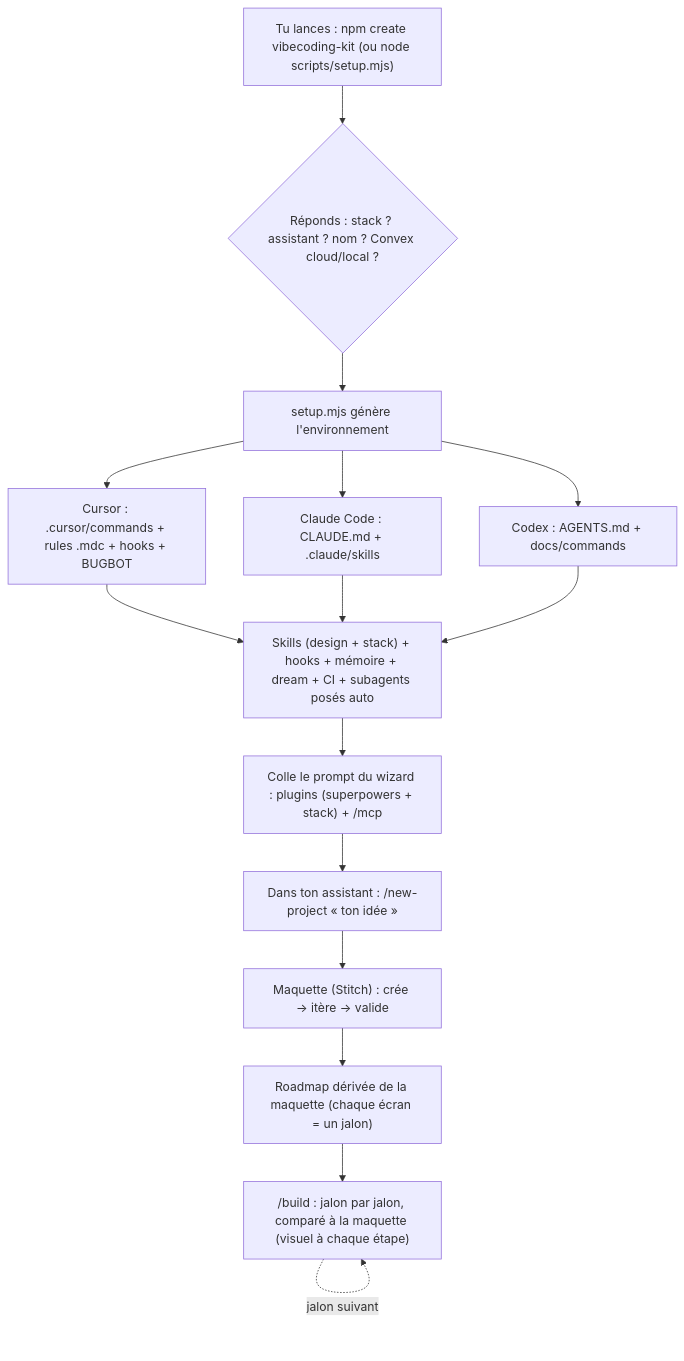
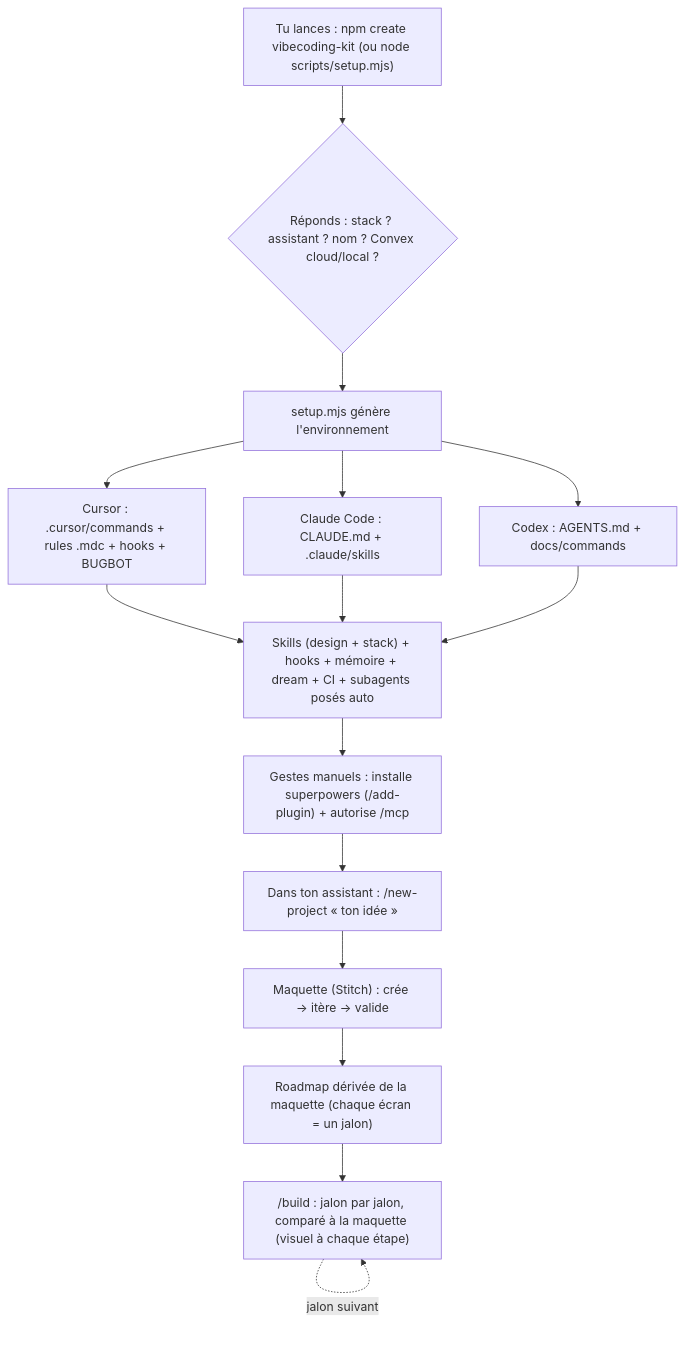
One commit to ohvignas/vibecoding-starter-kit changed the diagram in README.md. Above: the diagram before and after it, drawn with Mermaid. The commit also changed other lines of this file, not shown here.

First line of the commit message:
docs(readme): retire l'option clone + clarifie que superpowers/MCP sont manuels

````diff
--- a/README.md
+++ b/README.md
@@ -123,17 +111,17 @@
 ```mermaid
 flowchart TD
     A["Tu lances : npm create vibecoding-kit (ou node scripts/setup.mjs)"] --> C{"Réponds : stack ? assistant ? nom ? Convex cloud/local ?"}
     C --> D["setup.mjs génère l'environnement"]
     D --> E1["Cursor : .cursor/commands + rules .mdc + hooks + BUGBOT"]
     D --> E2["Claude Code : CLAUDE.md + .claude/skills"]
     D --> E3["Codex : AGENTS.md + docs/commands"]
     E1 --> F["Skills (design + stack) + hooks + mémoire + dream + CI + subagents posés auto"]
     E2 --> F
     E3 --> F
-    F --> G0["Colle le prompt du wizard : plugins (superpowers + stack) + /mcp"]
+    F --> G0["Gestes manuels : installe superpowers (/add-plugin) + autorise /mcp"]
     G0 --> G["Dans ton assistant : /new-project « ton idée »"]
     G --> M["Maquette (Stitch) : crée → itère → valide"]
     M --> R["Roadmap dérivée de la maquette (chaque écran = un jalon)"]
     R --> H["/build : jalon par jalon, comparé à la maquette (visuel à chaque étape)"]
     H -.->|jalon suivant| H
 ```
````
